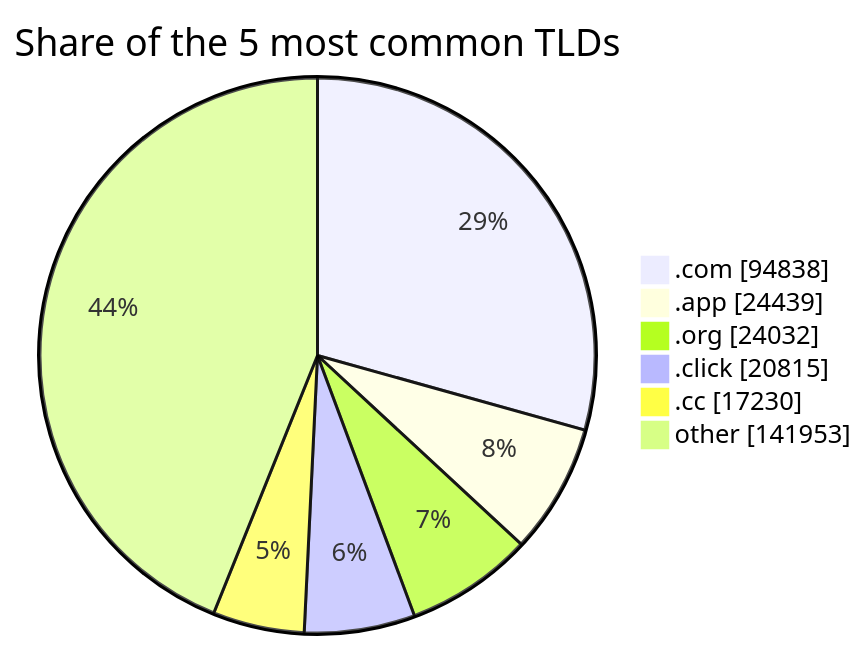
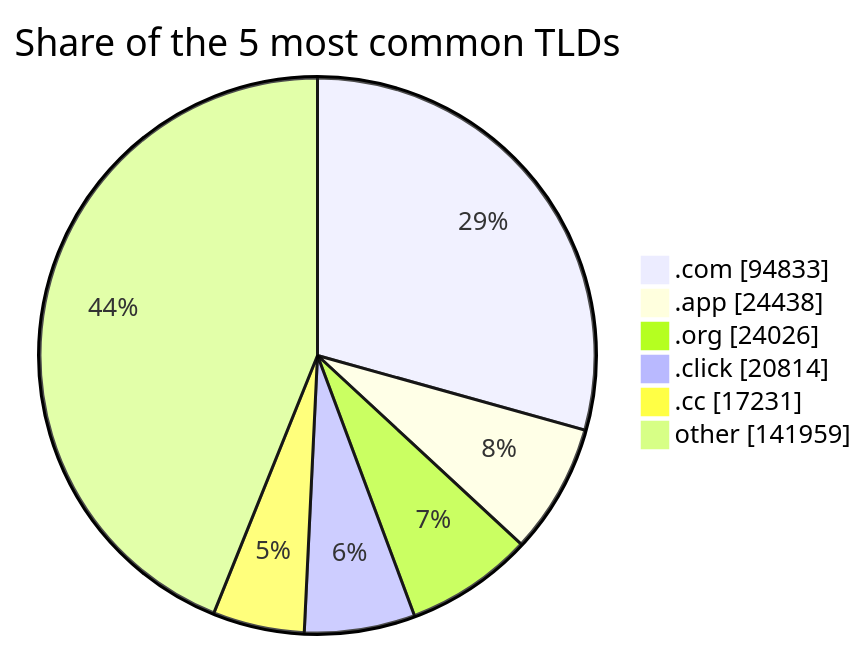
The third of 3 diagrams in README.md (DNSBunker/CTI), drawn with Mermaid before and after one commit. The commit also changed other lines of this file and 4 other files, not shown here.

````diff
--- a/README.md
+++ b/README.md
@@ -81,9 +81,9 @@
 ```mermaid
 pie showData title Share of the 5 most common TLDs
-    ".com" : 94838
-    ".app" : 24439
-    ".org" : 24032
-    ".click" : 20815
-    ".cc" : 17230
-    "other" : 141953
+    ".com" : 94833
+    ".app" : 24438
+    ".org" : 24026
+    ".click" : 20814
+    ".cc" : 17231
+    "other" : 141959
 ```
````
